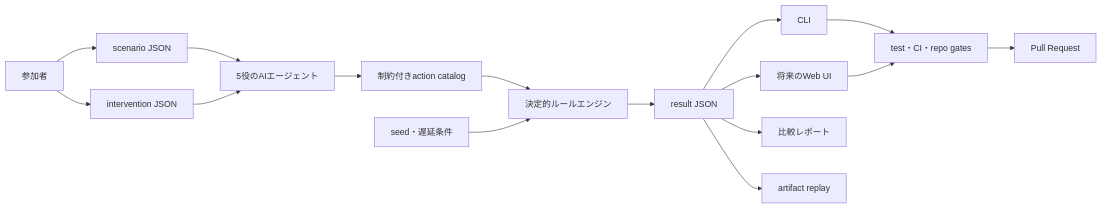
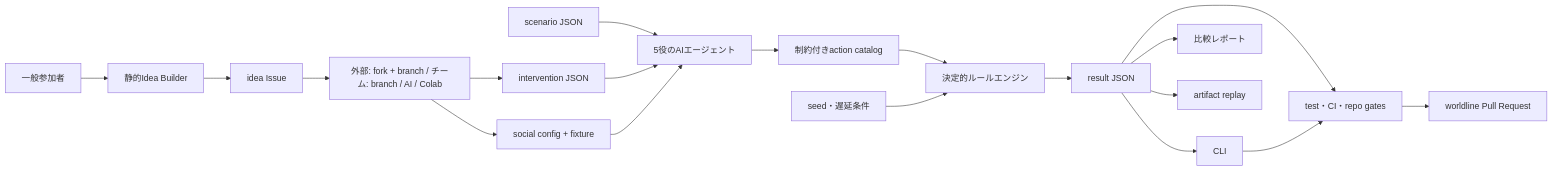
One commit to nexus-ai-2045/fiction-forks changed the diagram in docs/architecture.md. Above: the diagram before and after it, drawn with Mermaid. The commit also changed other lines of this file and 24 other files, not shown here.

````diff
--- a/docs/architecture.md
+++ b/docs/architecture.md
@@ -7,18 +7,21 @@
 ```mermaid
 flowchart LR
-    contributor["参加者"] --> scenario["scenario JSON"]
+    participant["一般参加者"] --> builder["静的Idea Builder"]
+    builder --> issue["idea Issue"]
+    issue --> contributor["外部: fork + branch / チーム: branch / AI / Colab"]
     contributor --> intervention["intervention JSON"]
-    scenario --> agents["5役のAIエージェント"]
+    contributor --> socialInput["social config + fixture"]
+    scenario["scenario JSON"] --> agents["5役のAIエージェント"]
     intervention --> agents
+    socialInput --> agents
     agents --> catalog["制約付きaction catalog"]
     catalog --> engine["決定的ルールエンジン"]
     seed["seed・遅延条件"] --> engine
     engine --> result["result JSON"]
     result --> cli["CLI"]
-    result --> web["将来のWeb UI"]
+    result --> checks["PR check summary"]
     result --> report["比較レポート"]
     result --> replay["artifact replay"]
     cli --> checks["test・CI・repo gates"]
-    web --> checks
-    checks --> pullRequest["Pull Request"]
+    checks --> pullRequest["worldline Pull Request"]
 ```
````
